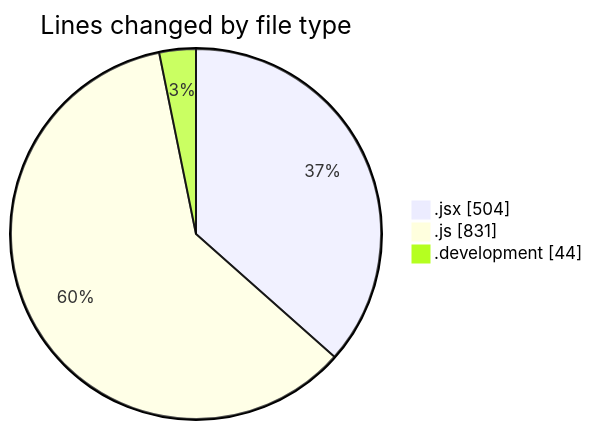
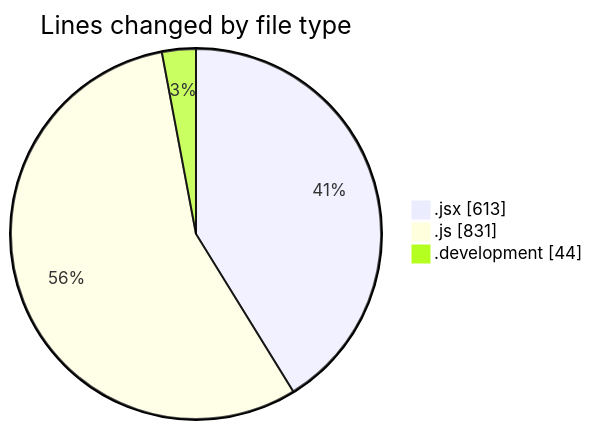
Before and after one commit to nxtqubesakshisongat/code-tracking: the first of 2 diagrams in 2025-12-02/nxtqube_webapp/README.md, drawn with Mermaid. The commit also changed other lines of this file and 1 other file, not shown here.

````diff
--- a/2025-12-02/nxtqube_webapp/README.md
+++ b/2025-12-02/nxtqube_webapp/README.md
@@ -25,7 +26,7 @@
 ```mermaid
 pie showData
 title Lines changed by file type
-".jsx" : 504
+".jsx" : 613
 ".js" : 831
 ".development" : 44
 ```
````
